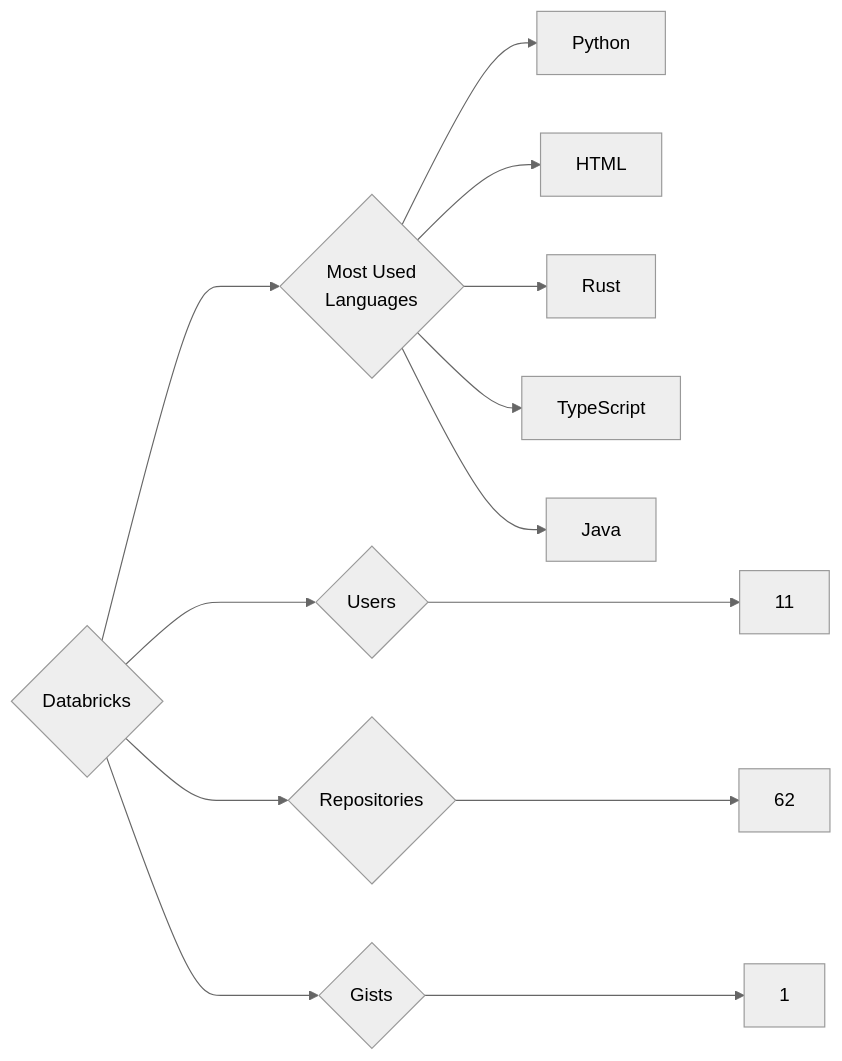
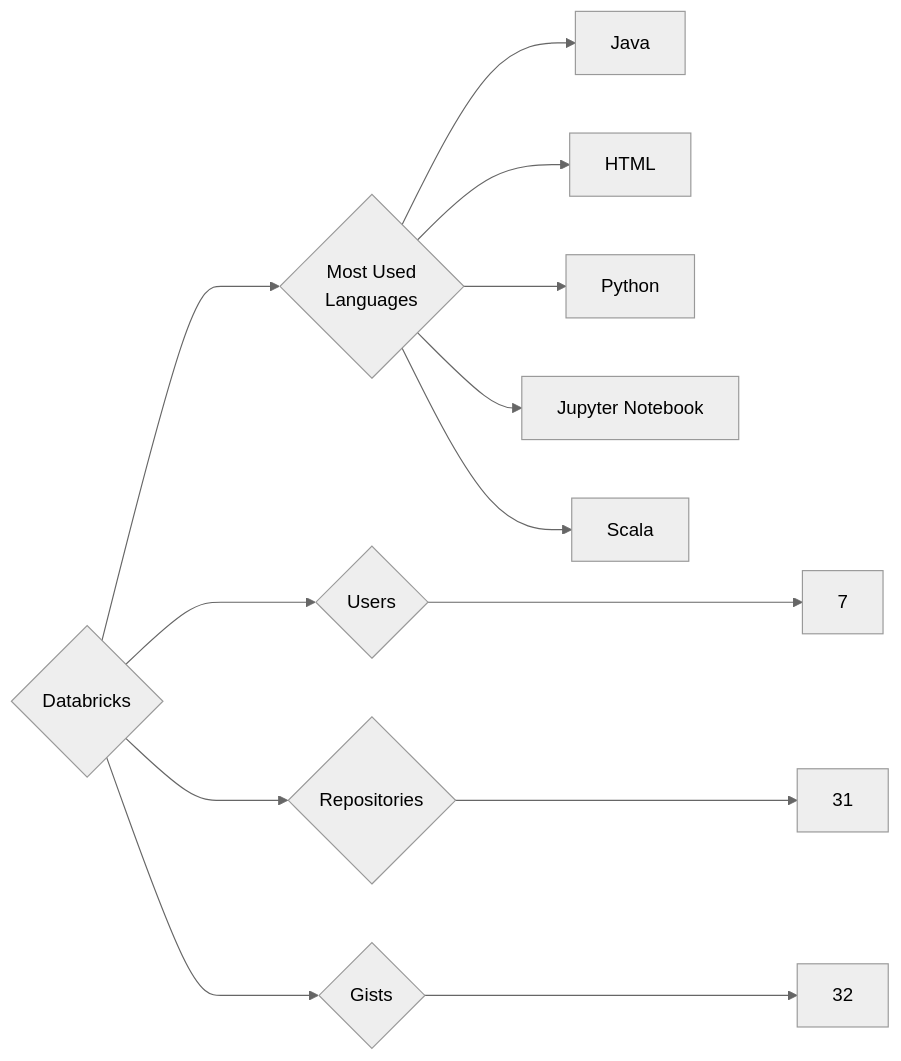
The diagram in targets/Databricks/README.md (trickest/insiders), drawn with Mermaid (neutral theme) before and after one commit. The commit also changed 988 other files, not shown here.

````diff
--- a/targets/Databricks/README.md
+++ b/targets/Databricks/README.md
@@ -3,13 +3,13 @@
 ```mermaid
 graph LR
 COMPANY_NAME{Databricks}
-COMPANY_NAME ---> U{Users} ---> UN[11]
-COMPANY_NAME ---> R{Repositories} ---> RN[62]
-COMPANY_NAME ---> G{Gists} ---> GN[1]
+COMPANY_NAME ---> U{Users} ---> UN[7]
+COMPANY_NAME ---> R{Repositories} ---> RN[31]
+COMPANY_NAME ---> G{Gists} ---> GN[32]
 COMPANY_NAME ---> ML{Most Used<br>Languages}
+ML --> Java[Java]
+ML --> HTML[HTML]
 ML --> Python[Python]
-ML --> HTML[HTML]
-ML --> Rust[Rust]
-ML --> TypeScript[TypeScript]
-ML --> Java[Java]
+ML --> Jupyter_Notebook[Jupyter Notebook]
+ML --> Scala[Scala]
 ```
````
